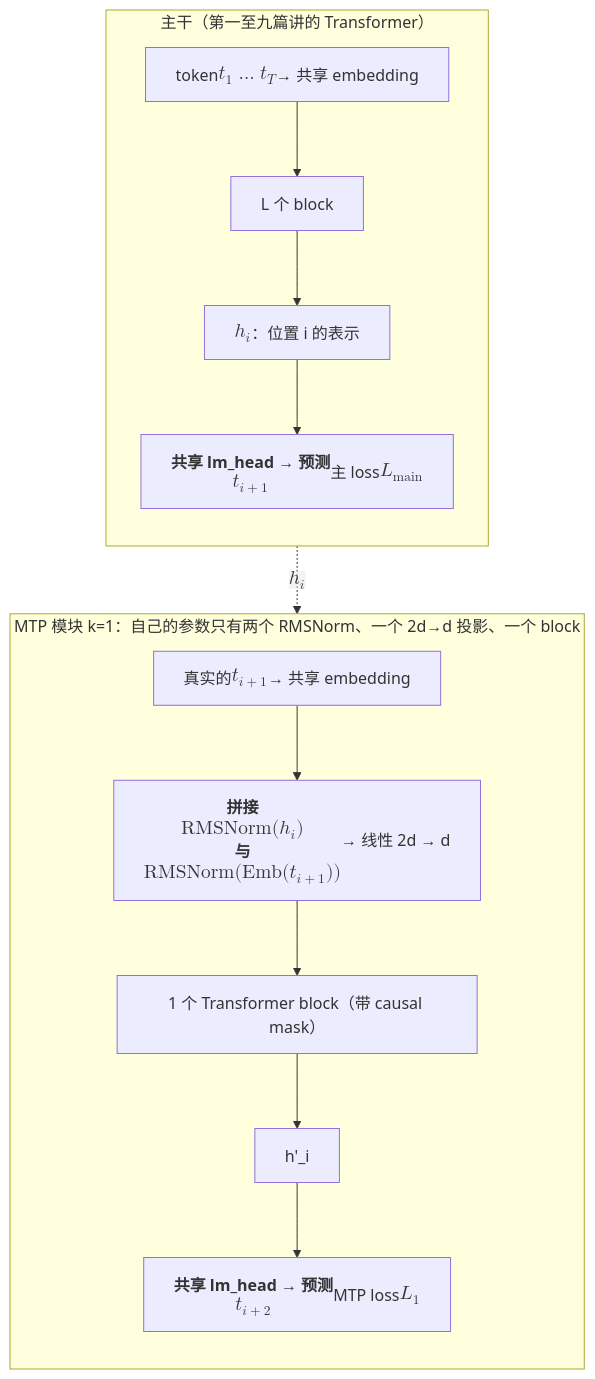
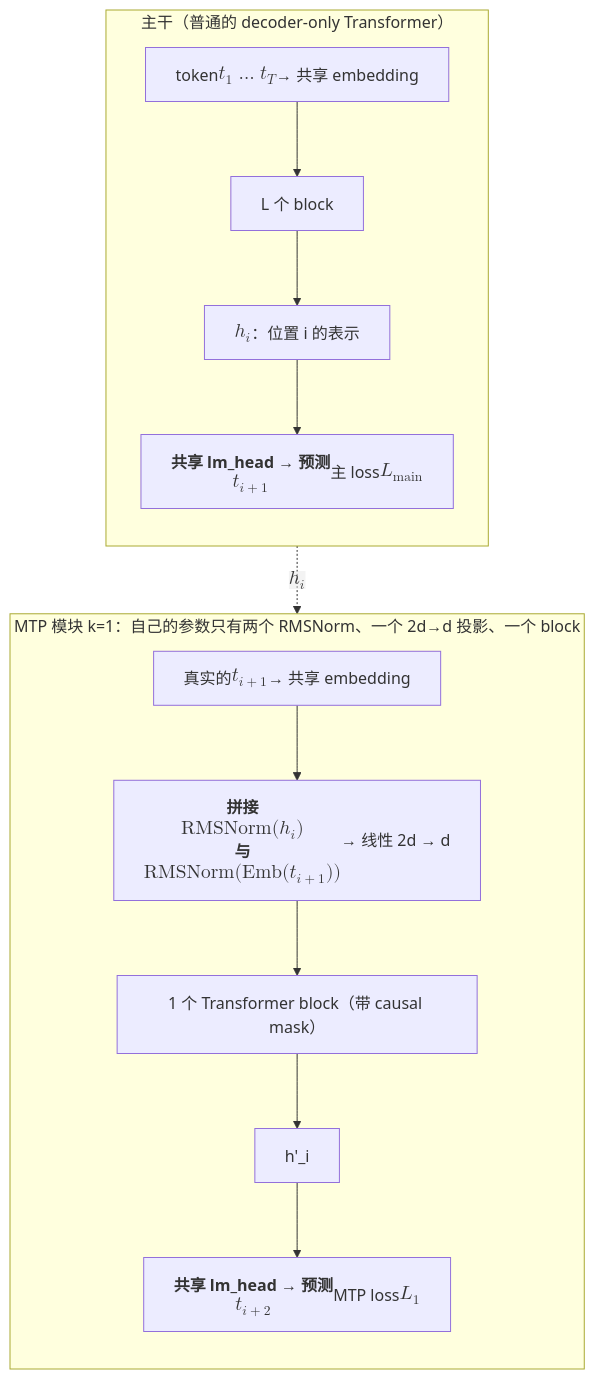
Before and after one commit to arganzheng/arganzheng.github.com: the second of 4 diagrams in _posts/2026-04-05-multi-token-prediction-mtp.md, drawn with Mermaid. The commit also changed other lines of this file, not shown here.

First line of the commit message:
现代 LLM 结构（07）：补训练到推理的总览图、对象去向表与实验读数表

````diff
--- a/_posts/2026-04-05-multi-token-prediction-mtp.md
+++ b/_posts/2026-04-05-multi-token-prediction-mtp.md
@@ -65,17 +112,17 @@
 ```mermaid
 %%{init: {"flowchart": {"wrappingWidth": 300}}}%%
 %% 图：DeepSeek-V3 的 MTP（D=1）：主干对位置 i 输出 h_i，主头预测 t_{i+1}；MTP 模块把 RMSNorm(h_i) 与 RMSNorm(Emb(t_{i+1})) 拼接、线性投影回 d 维、过一个 Transformer block 得到 h'_i，用共享的 lm_head 预测 t_{i+2}；embedding 表与 lm_head 两处共享，只有 norm、投影、block 是 MTP 自己的参数
 flowchart TB
-    subgraph MAIN["主干（第一至九篇讲的 Transformer）"]
+    subgraph MAIN["主干（普通的 decoder-only Transformer）"]
         direction TB
         IN["token $$t_1 \ldots t_T$$ → 共享 embedding"] --> L["L 个 block"] --> H["$$h_i$$：位置 i 的表示"]
         H --> HEAD1["<b>共享 lm_head → 预测 $$t_{i+1}$$</b><br/>主 loss $$L_{\text{main}}$$"]
     end
     subgraph MTP["MTP 模块 k=1：自己的参数只有两个 RMSNorm、一个 2d→d 投影、一个 block"]
         direction TB
         E["真实的 $$t_{i+1}$$ → 共享 embedding"] --> CAT["<b>拼接 $$\text{RMSNorm}(h_i)$$ 与 $$\text{RMSNorm}(\text{Emb}(t_{i+1}))$$</b><br/>→ 线性 2d → d"]
         CAT --> B1["1 个 Transformer block（带 causal mask）"] --> H2["h'_i"]
         H2 --> HEAD2["<b>共享 lm_head → 预测 $$t_{i+2}$$</b><br/>MTP loss $$L_1$$"]
     end
     H -. "$$h_i$$" .-> CAT
 ```
````
